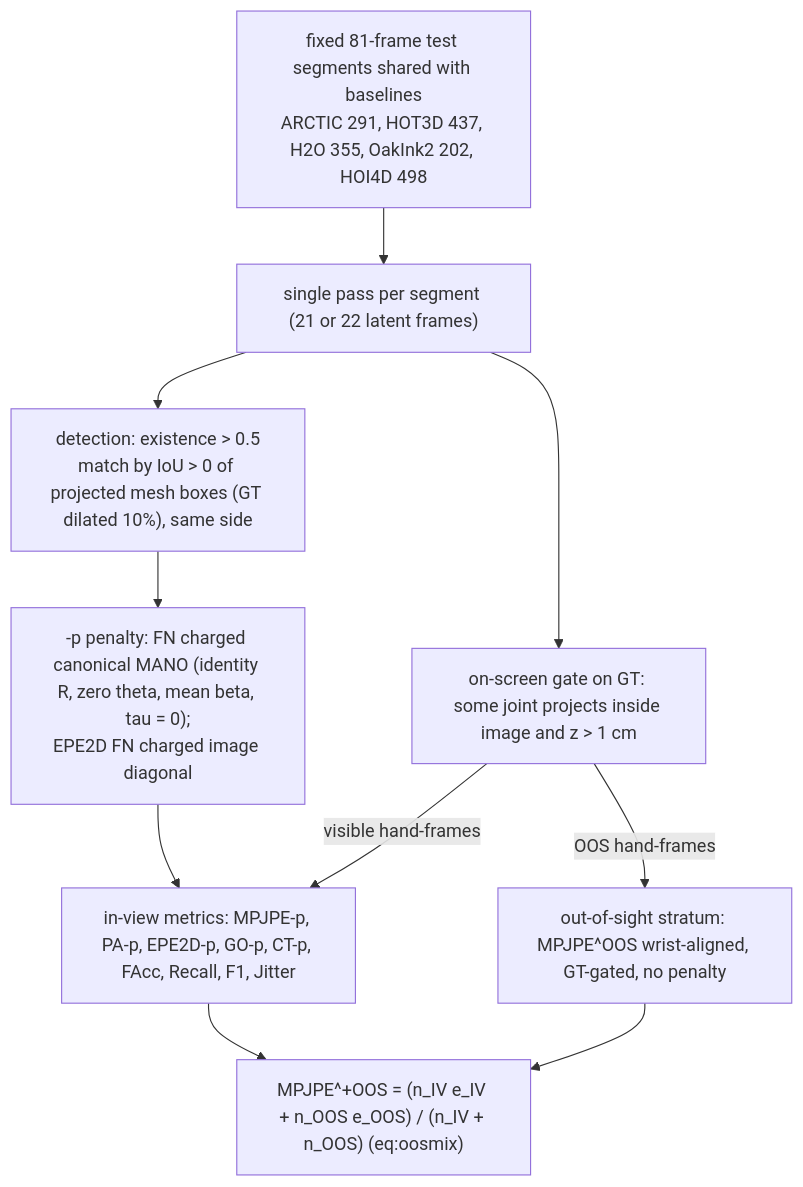
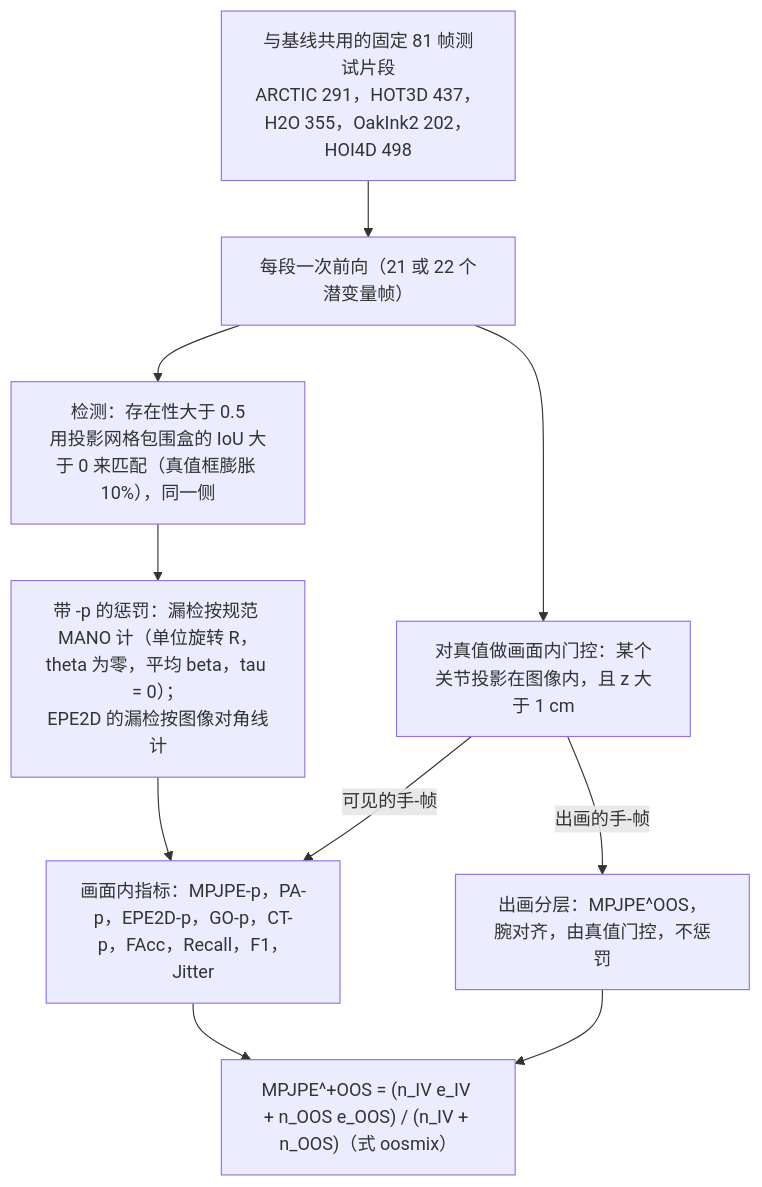
Before and after one commit to Ziyang-Li-AILab/liziyang_projects: the sixth of 6 diagrams in repro/2608.20308/method-flowchart.md, drawn with Mermaid. The commit also changed other lines of this file and 30 other files, not shown here.

````diff
--- a/repro/2608.20308/method-flowchart.md
+++ b/repro/2608.20308/method-flowchart.md
@@ -231,19 +231,19 @@
 ```mermaid
 flowchart TB
-    SEG["fixed 81-frame test segments shared with baselines<br/>ARCTIC 291, HOT3D 437, H2O 355, OakInk2 202, HOI4D 498"]
-    RUN["single pass per segment (21 or 22 latent frames)"]
-    DET["detection: existence > 0.5<br/>match by IoU > 0 of projected mesh boxes (GT dilated 10%), same side"]
-    GATE["on-screen gate on GT: some joint projects inside image and z > 1 cm"]
-    PEN["-p penalty: FN charged canonical MANO (identity R, zero theta, mean beta, tau = 0);<br/>EPE2D FN charged image diagonal"]
-    IV["in-view metrics: MPJPE-p, PA-p, EPE2D-p, GO-p, CT-p, FAcc, Recall, F1, Jitter"]
-    OOS["out-of-sight stratum: MPJPE^OOS wrist-aligned, GT-gated, no penalty"]
-    MIX["MPJPE^+OOS = (n_IV e_IV + n_OOS e_OOS) / (n_IV + n_OOS) (eq:oosmix)"]
+    SEG["与基线共用的固定 81 帧测试片段<br/>ARCTIC 291，HOT3D 437，H2O 355，OakInk2 202，HOI4D 498"]
+    RUN["每段一次前向（21 或 22 个潜变量帧）"]
+    DET["检测：存在性大于 0.5<br/>用投影网格包围盒的 IoU 大于 0 来匹配（真值框膨胀 10%），同一侧"]
+    GATE["对真值做画面内门控：某个关节投影在图像内，且 z 大于 1 cm"]
+    PEN["带 -p 的惩罚：漏检按规范 MANO 计（单位旋转 R，theta 为零，平均 beta，tau = 0）；<br/>EPE2D 的漏检按图像对角线计"]
+    IV["画面内指标：MPJPE-p，PA-p，EPE2D-p，GO-p，CT-p，FAcc，Recall，F1，Jitter"]
+    OOS["出画分层：MPJPE^OOS，腕对齐，由真值门控，不惩罚"]
+    MIX["MPJPE^+OOS = (n_IV e_IV + n_OOS e_OOS) / (n_IV + n_OOS)（式 oosmix）"]
 
     SEG --> RUN --> DET
     RUN --> GATE
     DET --> PEN --> IV
-    GATE -->|"visible hand-frames"| IV
-    GATE -->|"OOS hand-frames"| OOS
+    GATE -->|"可见的手-帧"| IV
+    GATE -->|"出画的手-帧"| OOS
     IV --> MIX
     OOS --> MIX
 ```
````
